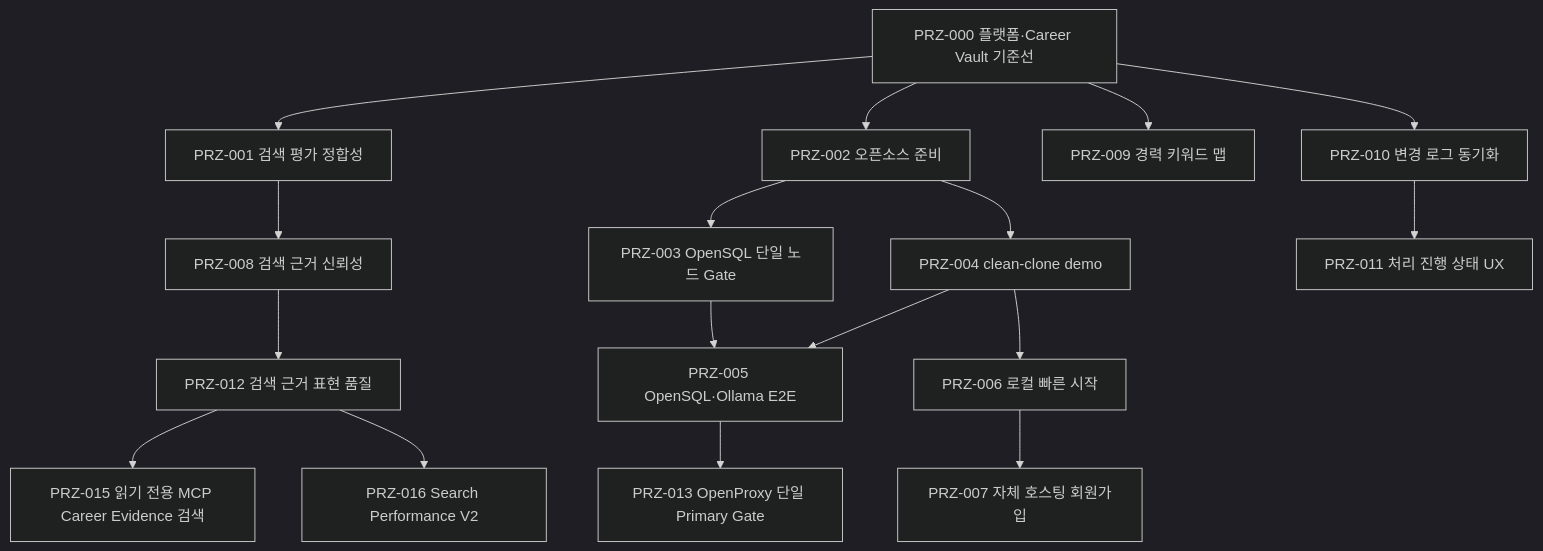
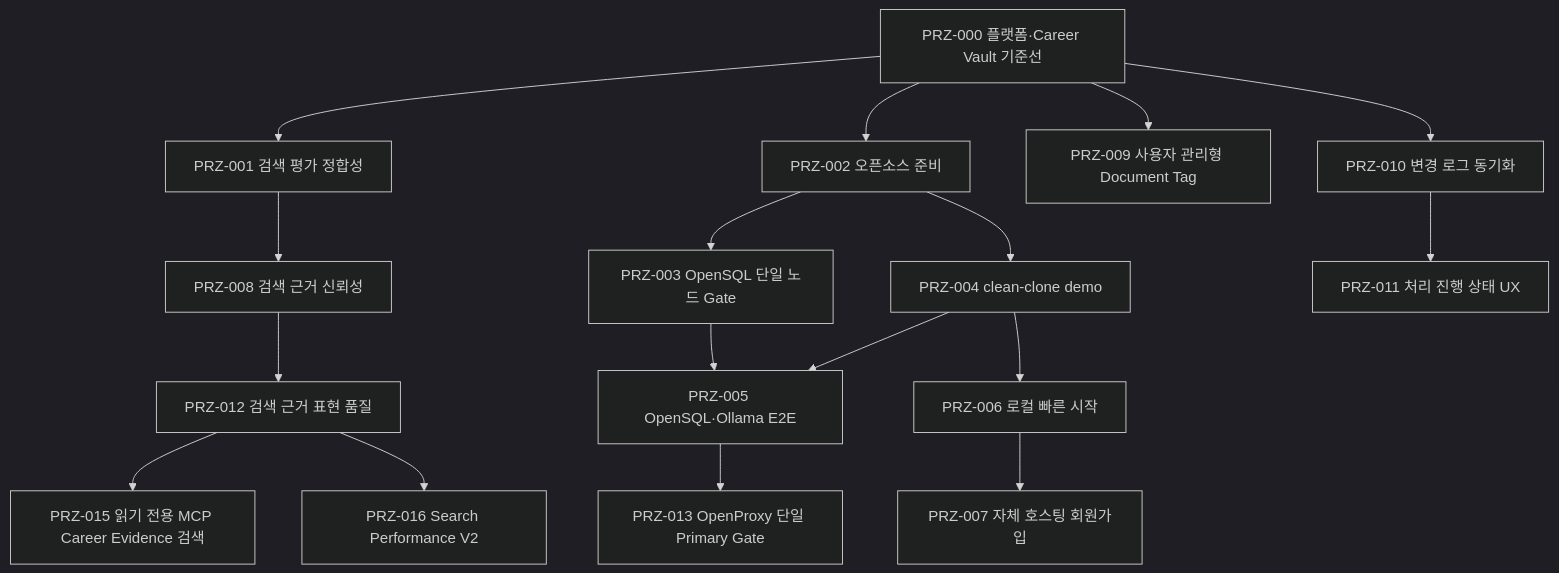
The diagram in specs/README.md (jaemin-devlog/PRIZM), drawn with Mermaid (dark theme) before and after one commit. The commit also changed other lines of this file and 88 other files, not shown here.

First line of the commit message:
PRZ-009: 사용자 관리형 문서 태그 구조로 개편 (#51)

````diff
--- a/specs/README.md
+++ b/specs/README.md
@@ -24,28 +24,28 @@
 ```mermaid
 flowchart TD
     PRZ000["PRZ-000 플랫폼·Career Vault 기준선"]
     PRZ001["PRZ-001 검색 평가 정합성"]
     PRZ002["PRZ-002 오픈소스 준비"]
     PRZ003["PRZ-003 OpenSQL 단일 노드 Gate"]
     PRZ004["PRZ-004 clean-clone demo"]
     PRZ005["PRZ-005 OpenSQL·Ollama E2E"]
     PRZ006["PRZ-006 로컬 빠른 시작"]
     PRZ007["PRZ-007 자체 호스팅 회원가입"]
     PRZ008["PRZ-008 검색 근거 신뢰성"]
-    PRZ009["PRZ-009 경력 키워드 맵"]
+    PRZ009["PRZ-009 사용자 관리형 Document Tag"]
     PRZ010["PRZ-010 변경 로그 동기화"]
     PRZ011["PRZ-011 처리 진행 상태 UX"]
     PRZ012["PRZ-012 검색 근거 표현 품질"]
     PRZ013["PRZ-013 OpenProxy 단일 Primary Gate"]
     PRZ015["PRZ-015 읽기 전용 MCP Career Evidence 검색"]
     PRZ016["PRZ-016 Search Performance V2"]
 
     PRZ000 --> PRZ001 --> PRZ008 --> PRZ012 --> PRZ015
     PRZ012 --> PRZ016
     PRZ000 --> PRZ002 --> PRZ003 --> PRZ005
     PRZ002 --> PRZ004 --> PRZ005
     PRZ005 --> PRZ013
     PRZ004 --> PRZ006 --> PRZ007
     PRZ000 --> PRZ009
     PRZ000 --> PRZ010 --> PRZ011
 ```
````
